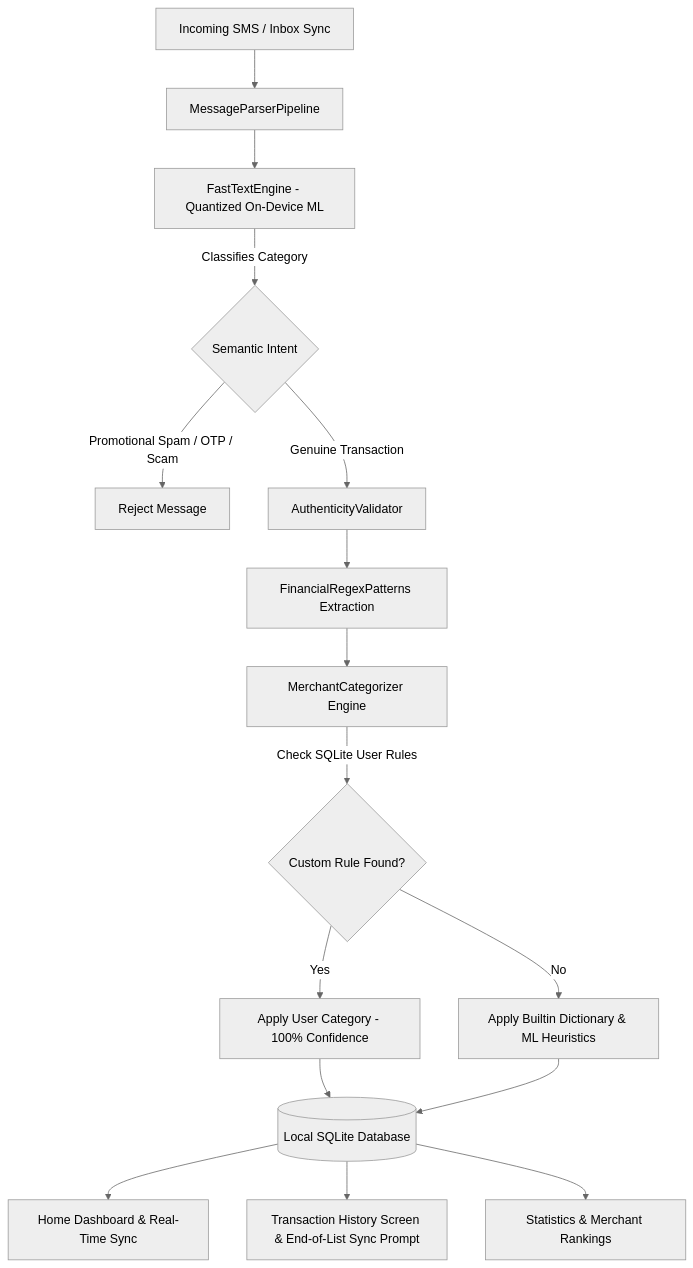
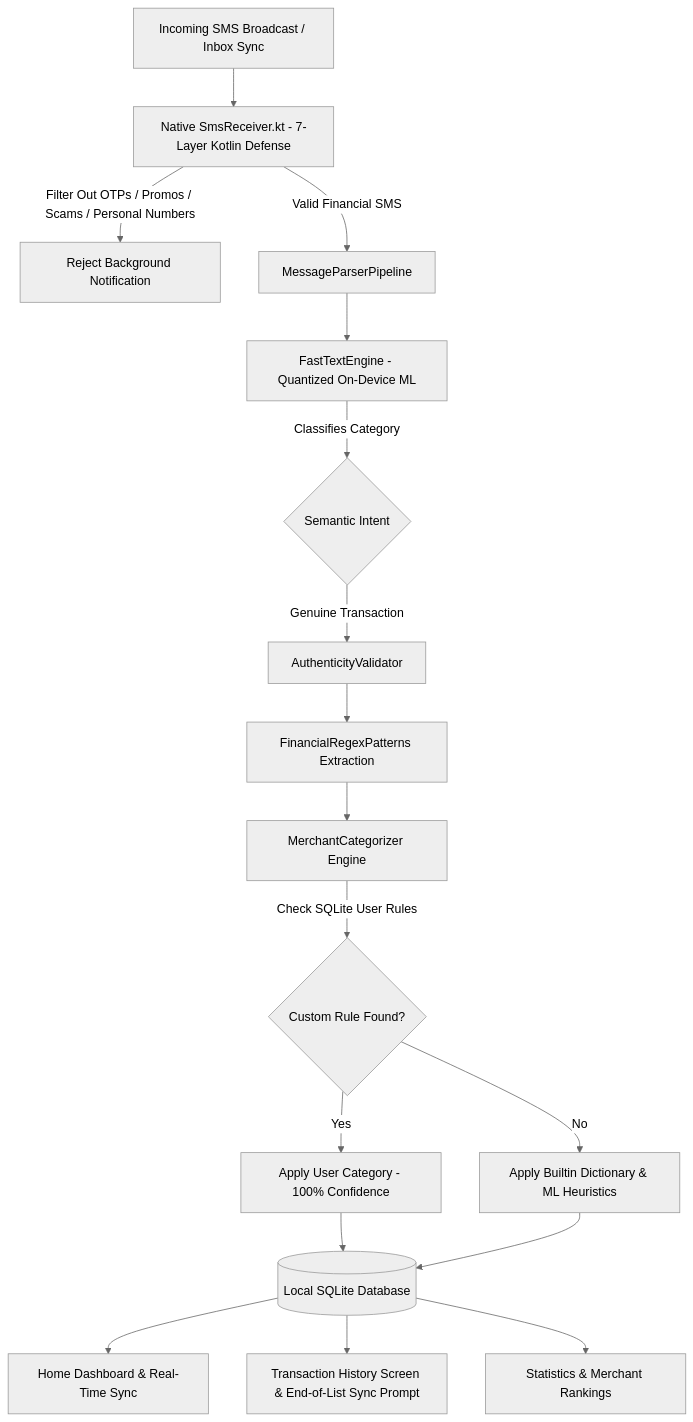
Before and after one commit to allwin-antony/Expense_tracker: the diagram in README.md, drawn with Mermaid (neutral theme). The commit also changed other lines of this file, not shown here.

Commit message:
docs: update README.md for release v2.0.1+4

````diff
--- a/README.md
+++ b/README.md
@@ -27,22 +28,24 @@
 ```mermaid
 flowchart TD
-    A[Incoming SMS / Inbox Sync] --> B[MessageParserPipeline]
-    B --> C[FastTextEngine - Quantized On-Device ML]
+    A[Incoming SMS Broadcast / Inbox Sync] --> B[Native SmsReceiver.kt - 7-Layer Kotlin Defense]
+    B -->|Filter Out OTPs / Promos / Scams / Personal Numbers| C[Reject Background Notification]
+    B -->|Valid Financial SMS| D[MessageParserPipeline]
     
-    C -->|Classifies Category| D{Semantic Intent}
-    D -->|Promotional Spam / OTP / Scam| E[Reject Message]
-    D -->|Genuine Transaction| F[AuthenticityValidator]
+    D --> E[FastTextEngine - Quantized On-Device ML]
+    E -->|Classifies Category| F{Semantic Intent}
     
-    F --> G[FinancialRegexPatterns Extraction]
-    G --> H[MerchantCategorizer Engine]
-    H -->|Check SQLite User Rules| I{Custom Rule Found?}
-    I -->|Yes| J[Apply User Category - 100% Confidence]
-    I -->|No| K[Apply Builtin Dictionary & ML Heuristics]
+    F -->|Genuine Transaction| G[AuthenticityValidator]
+    G --> H[FinancialRegexPatterns Extraction]
+    H --> I[MerchantCategorizer Engine]
+    I -->|Check SQLite User Rules| J{Custom Rule Found?}
     
-    J --> L[(Local SQLite Database)]
-    K --> L
+    J -->|Yes| K[Apply User Category - 100% Confidence]
+    J -->|No| L[Apply Builtin Dictionary & ML Heuristics]
     
-    L --> M[Home Dashboard & Real-Time Sync]
-    L --> N[Transaction History Screen & End-of-List Sync Prompt]
-    L --> O[Statistics & Merchant Rankings]
+    K --> M[(Local SQLite Database)]
+    L --> M
+    
+    M --> N[Home Dashboard & Real-Time Sync]
+    M --> O[Transaction History Screen & End-of-List Sync Prompt]
+    M --> P[Statistics & Merchant Rankings]
 ```
````
